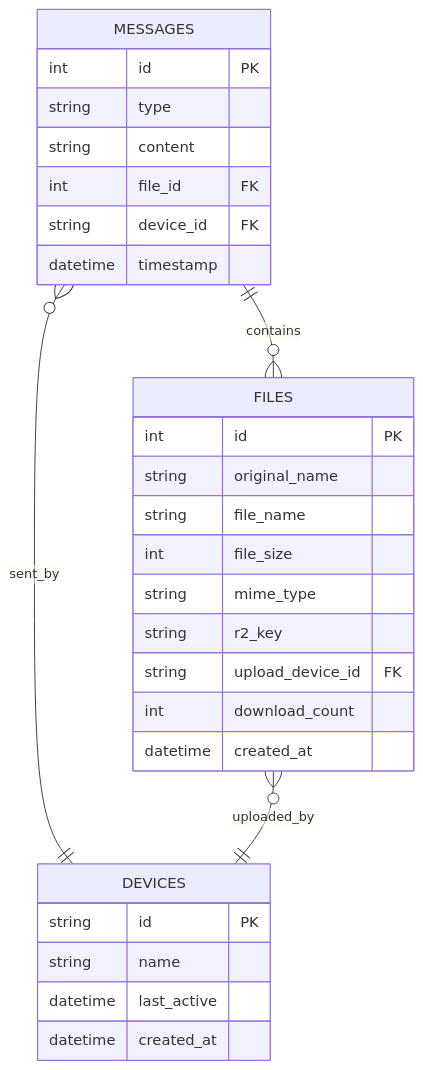
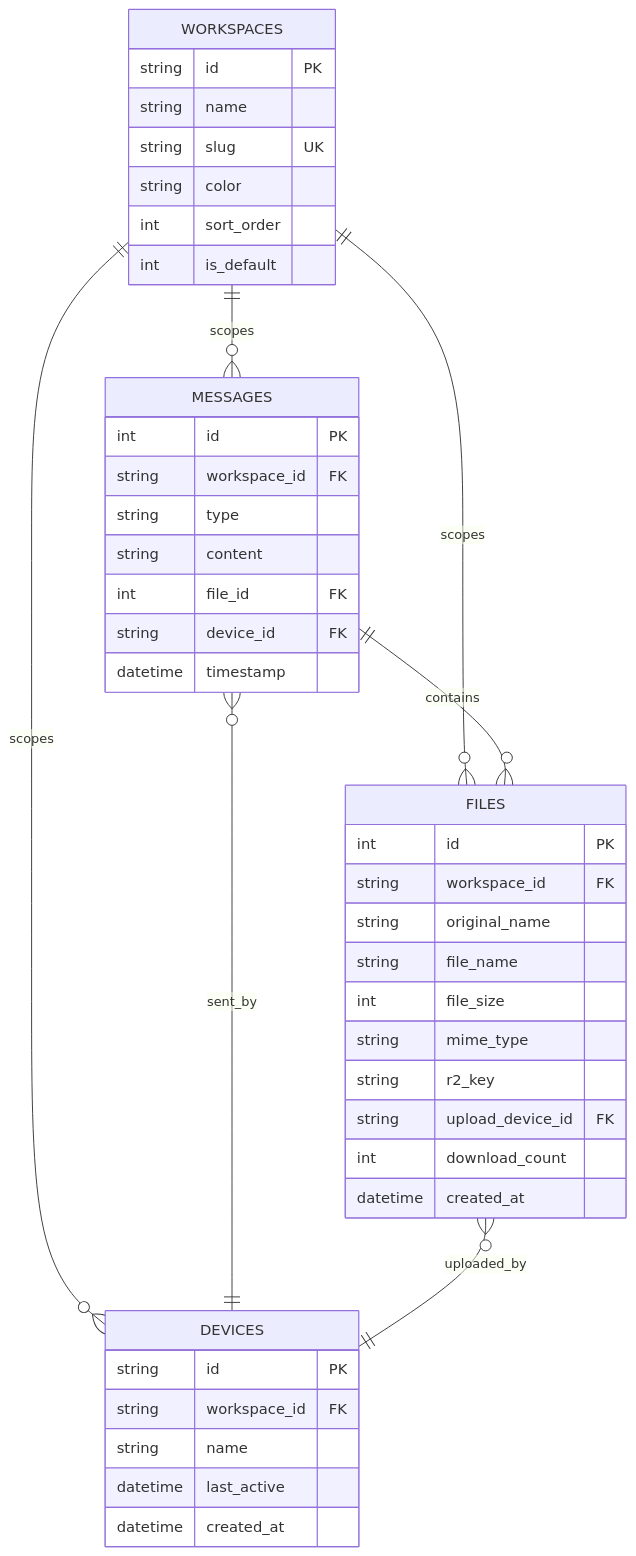
Before and after one commit to qttwzy/selfhosted-wxchat: the third of 3 diagrams in README.md, drawn with Mermaid. The commit also changed other lines of this file and 1 other file, not shown here.

````diff
--- a/README.md
+++ b/README.md
@@ -793,34 +813,49 @@
 ```mermaid
 erDiagram
+    WORKSPACES ||--o{ MESSAGES : scopes
+    WORKSPACES ||--o{ FILES : scopes
+    WORKSPACES ||--o{ DEVICES : scopes
     MESSAGES ||--o{ FILES : contains
     MESSAGES }o--|| DEVICES : sent_by
     FILES }o--|| DEVICES : uploaded_by
 
+    WORKSPACES {
+        string id PK
+        string name
+        string slug UK
+        string color
+        int sort_order
+        int is_default
+    }
+
     MESSAGES {
         int id PK
+        string workspace_id FK
         string type
         string content
         int file_id FK
         string device_id FK
         datetime timestamp
     }
 
     FILES {
         int id PK
+        string workspace_id FK
         string original_name
         string file_name
         int file_size
         string mime_type
         string r2_key
         string upload_device_id FK
         int download_count
         datetime created_at
     }
 
     DEVICES {
         string id PK
+        string workspace_id FK
         string name
         datetime last_active
         datetime created_at
     }
 ```
````
